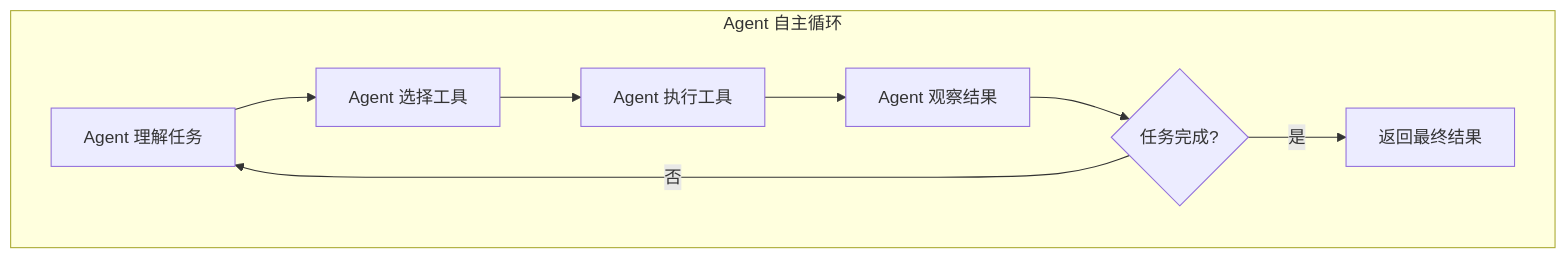
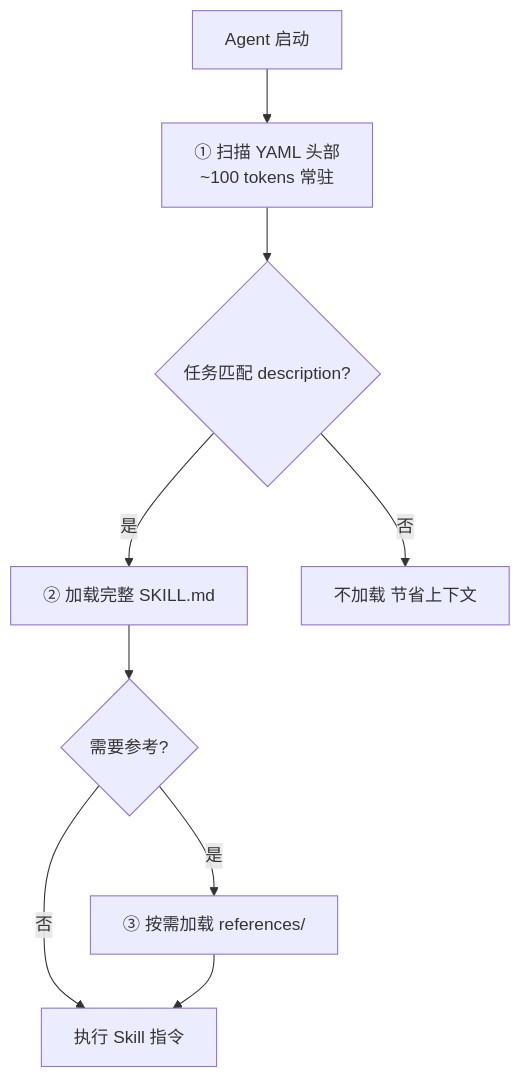
Before and after one commit to CheneyYin/llm_agent_train: the tenth of 11 diagrams in training-notes.md, drawn with Mermaid. The commit also changed other lines of this file and 2 other files, not shown here.

First line of the commit message:
Restructure: 7-part layout, dissolve Agent, merge PE, add Extension

````diff
--- a/training-notes.md
+++ b/training-notes.md
@@ -663,11 +722,11 @@
 ```mermaid
 flowchart TD
-    subgraph agent[Agent 自主循环]
-        T1[Agent 理解任务] --> T2[Agent 选择工具]
-        T2 --> T3[Agent 执行工具]
-        T3 --> T4[Agent 观察结果]
-        T4 --> T5{任务完成?}
-        T5 -->|否| T1
-        T5 -->|是| T6[返回最终结果]
-    end
+    A[Agent 启动] --> B["① 扫描 YAML 头部<br/>~100 tokens 常驻"]
+    B --> C{任务匹配 description?}
+    C -->|是| D["② 加载完整 SKILL.md"]
+    C -->|否| E[不加载 节省上下文]
+    D --> F{需要参考?}
+    F -->|是| G["③ 按需加载 references/"]
+    F -->|否| H[执行 Skill 指令]
+    G --> H
 ```
````
